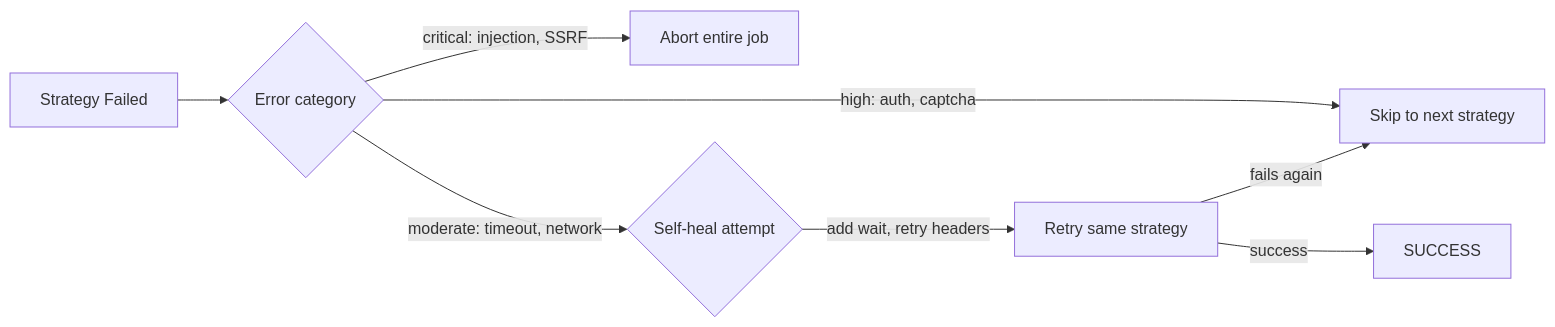
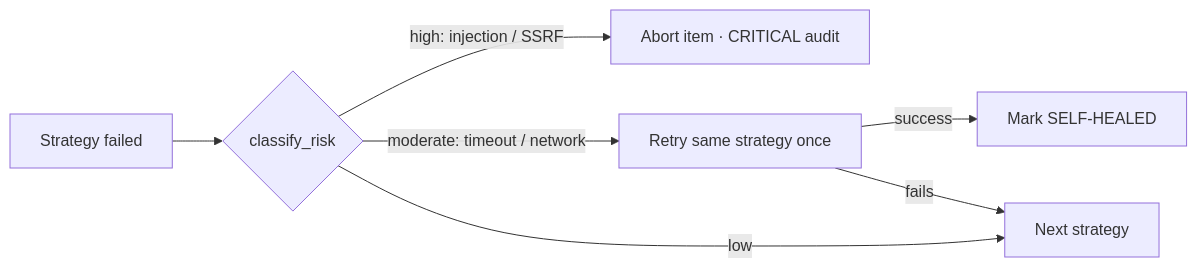
Before and after one commit to Siddharthpatni/Project-1: the eighth of 9 diagrams in docs/PIPELINE.md, drawn with Mermaid. The commit also changed other lines of this file and 9 other files, not shown here.

````diff
--- a/docs/PIPELINE.md
+++ b/docs/PIPELINE.md
@@ -268,10 +269,9 @@
 ```mermaid
 flowchart LR
-    ERR[Strategy Failed] --> CLASS{Error category}
-    CLASS -- critical: injection, SSRF --> ABORT[Abort entire job]
-    CLASS -- high: auth, captcha --> SKIP[Skip to next strategy]
-    CLASS -- moderate: timeout, network --> HEAL{Self-heal attempt}
-    HEAL -- add wait, retry headers --> RETRY[Retry same strategy]
-    RETRY -- success --> SUCCESS
-    RETRY -- fails again --> SKIP
+    ERR[Strategy failed] --> CLASS{classify_risk}
+    CLASS -- high: injection / SSRF --> ABORT[Abort item · CRITICAL audit]
+    CLASS -- moderate: timeout / network --> HEAL[Retry same strategy once]
+    HEAL -- success --> HEALED["Mark SELF-HEALED"]
+    HEAL -- fails --> NEXT[Next strategy]
+    CLASS -- low --> NEXT
 ```
````
